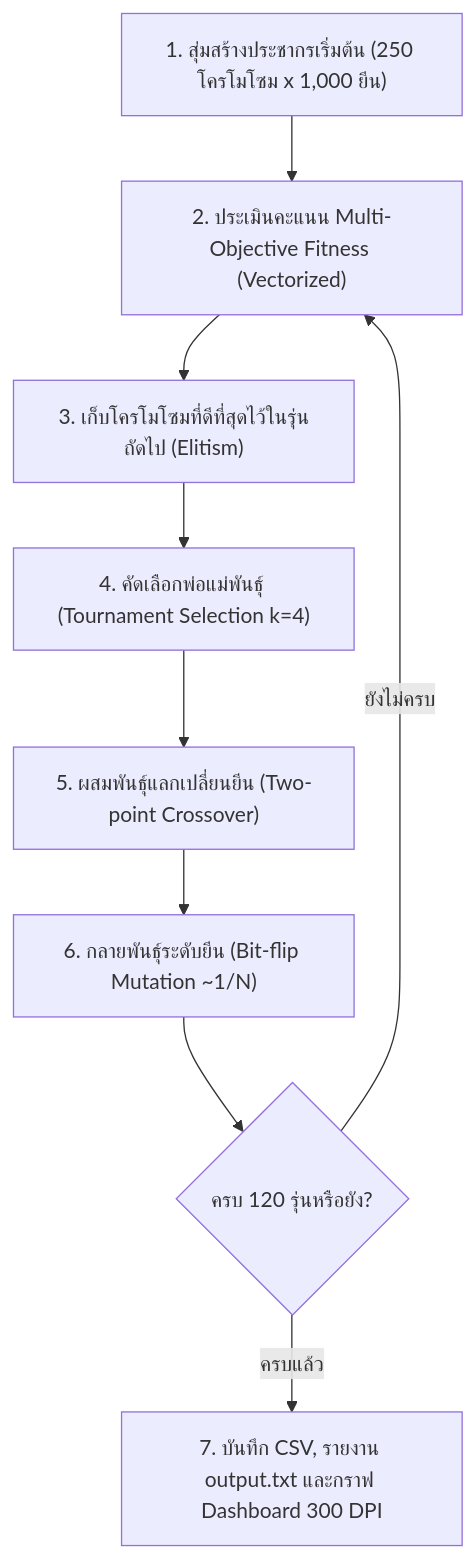
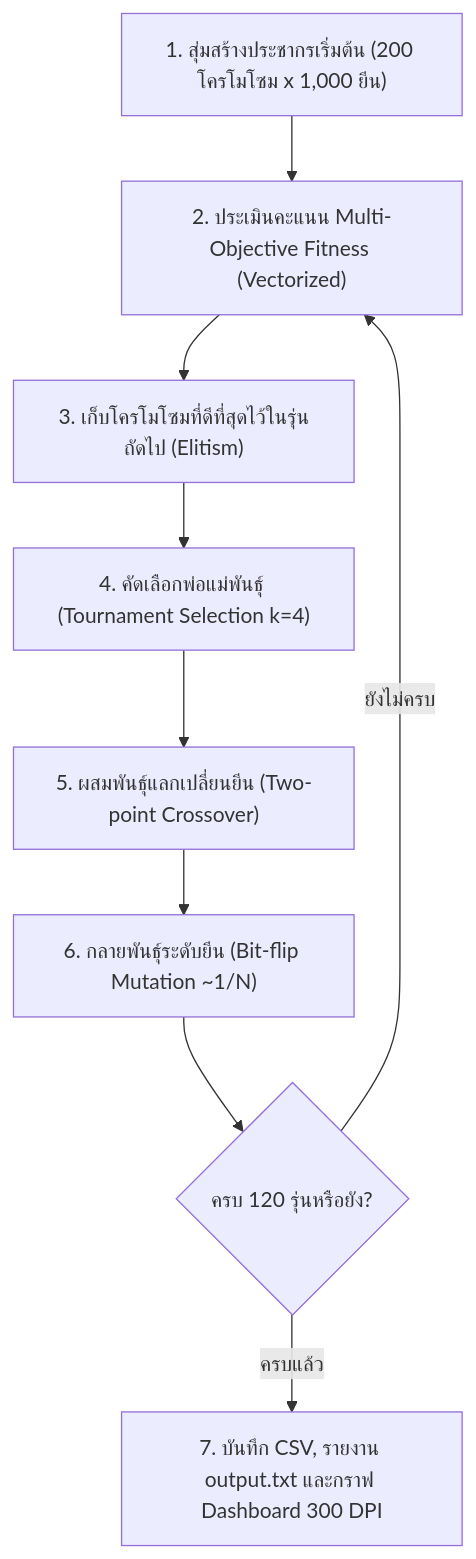
One commit to Name-Thinking/GA changed the diagram in README.md. Above: the diagram before and after it, drawn with Mermaid. The commit also changed other lines of this file and 6 other files, not shown here.

````diff
--- a/README.md
+++ b/README.md
@@ -23,11 +23,11 @@
 ```mermaid
 flowchart TD
-    A["1. สุ่มสร้างประชากรเริ่มต้น (250 โครโมโซม x 1,000 ยีน)"] --> B["2. ประเมินคะแนน Multi-Objective Fitness (Vectorized)"]
+    A["1. สุ่มสร้างประชากรเริ่มต้น (200 โครโมโซม x 1,000 ยีน)"] --> B["2. ประเมินคะแนน Multi-Objective Fitness (Vectorized)"]
     B --> C["3. เก็บโครโมโซมที่ดีที่สุดไว้ในรุ่นถัดไป (Elitism)"]
     C --> D["4. คัดเลือกพ่อแม่พันธุ์ (Tournament Selection k=4)"]
     D --> E["5. ผสมพันธุ์แลกเปลี่ยนยีน (Two-point Crossover)"]
     E --> F["6. กลายพันธุ์ระดับยีน (Bit-flip Mutation ~1/N)"]
     F --> G{"ครบ 120 รุ่นหรือยัง?"}
     G -- ยังไม่ครบ --> B
     G -- ครบแล้ว --> H["7. บันทึก CSV, รายงาน output.txt และกราฟ Dashboard 300 DPI"]
 ```
````
